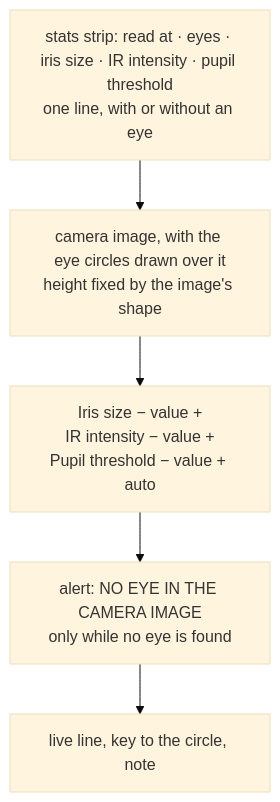
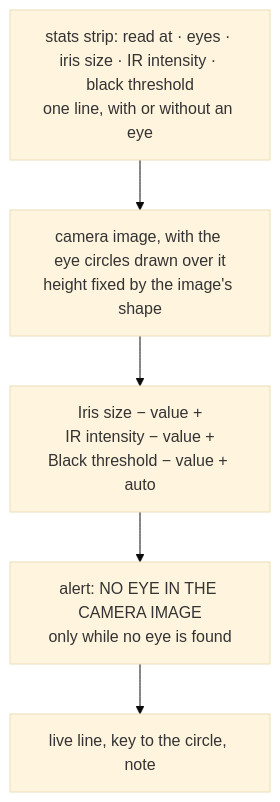
One commit to sh4r11f/alhazen changed the fourth of 6 diagrams in docs/live_monitor.md. Above: the diagram before and after it, drawn with Mermaid (base theme). The commit also changed 5 other files, not shown here.

Commit message:
Live monitor: call the pupil threshold control Black threshold, as LabMaestro does

````diff
--- a/docs/live_monitor.md
+++ b/docs/live_monitor.md
@@ -842,9 +842,9 @@
 ```mermaid
 flowchart TB
-  S["stats strip: read at · eyes · iris size · IR intensity · pupil threshold<br/>one line, with or without an eye"]
+  S["stats strip: read at · eyes · iris size · IR intensity · black threshold<br/>one line, with or without an eye"]
   I["camera image, with the eye circles drawn over it<br/>height fixed by the image's shape"]
-  C["Iris size − value +<br/>IR intensity − value +<br/>Pupil threshold − value + auto"]
+  C["Iris size − value +<br/>IR intensity − value +<br/>Black threshold − value + auto"]
   A["alert: NO EYE IN THE CAMERA IMAGE<br/>only while no eye is found"]
   L["live line, key to the circle, note"]
   S --> I --> C --> A --> L
 ```
````
